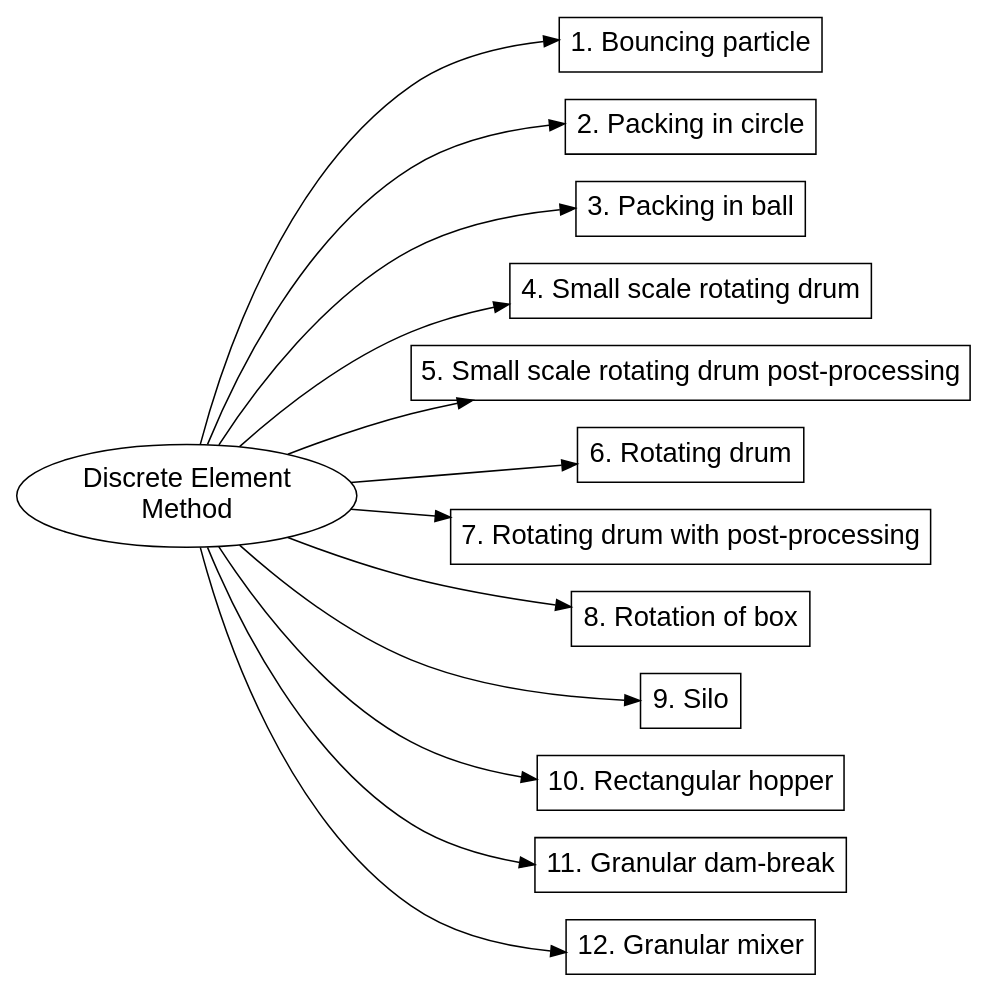
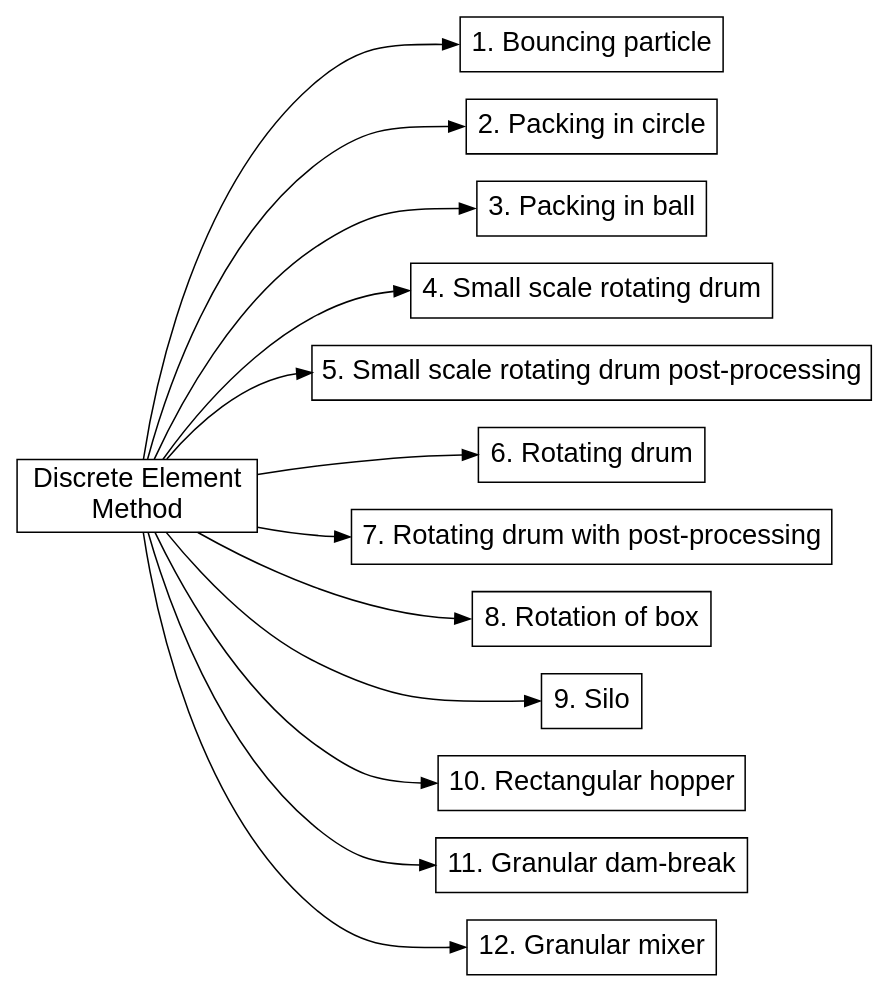
Before and after one commit to chaos-polymtl/lethe: the diagram in doc/source/examples/dem/dem.rst, drawn with Graphviz. The commit also changed other lines of this file and 5 other files, not shown here.

```diff
--- a/doc/source/examples/dem/dem.rst
+++ b/doc/source/examples/dem/dem.rst
@@ -26,49 +27,50 @@
 .. graphviz:: 
 
     digraph dem_diagram {
       graph [align=true];
-      node [fontname=Arial, fontsize=18];
+      node [fontname=Arial, fontsize=18, shape=box];
       center=true;
       fontname="Comic Sans MS";
       fontsize = "20";
       rankdir="LR";
+      size = "9,9";
       
       dem [label="Discrete Element \nMethod", href="https://lethe-cfd.github.io/lethe/examples/dem/dem.html"];
 
-      dem_1 [label="1. Bouncing particle",shape=polygon,sides=4, color=black, href="https://lethe-cfd.github.io/lethe/examples/dem/bouncing-particle/bouncing-particle.html"]; 
+      dem_1 [label="1. Bouncing particle", color=black, href="https://lethe-cfd.github.io/lethe/examples/dem/bouncing-particle/bouncing-particle.html"]; 
 
-      dem_2 [label="2. Packing in circle",shape=polygon,sides=4, color=black, href="https://lethe-cfd.github.io/lethe/examples/dem/packing-in-circle/packing-in-circle.html"]; 
+      dem_2 [label="2. Packing in circle", color=black, href="https://lethe-cfd.github.io/lethe/examples/dem/packing-in-circle/packing-in-circle.html"]; 
 
-      dem_3 [label="3. Packing in ball",shape=polygon,sides=4, color=black, href="https://lethe-cfd.github.io/lethe/examples/dem/packing-in-ball/packing-in-ball.html"]; 
+      dem_3 [label="3. Packing in ball", color=black, href="https://lethe-cfd.github.io/lethe/examples/dem/packing-in-ball/packing-in-ball.html"]; 
 
-      dem_4 [label="4. Small scale rotating drum",shape=polygon,sides=4, color=black, href="https://lethe-cfd.github.io/lethe/examples/dem/small-scale-rotating-drum/small-scale-rotating-drum.html"]; 
+      dem_4 [label="4. Small scale rotating drum", color=black, href="https://lethe-cfd.github.io/lethe/examples/dem/small-scale-rotating-drum/small-scale-rotating-drum.html"]; 
     
-      dem_5 [label="5. Small scale rotating drum post-processing",shape=polygon,sides=4, color=black, href="https://lethe-cfd.github.io/lethe/examples/dem/small-scale-rotating-drum-post-processing/small-scale-rotating-drum-post-processing.html"]; 
+      dem_5 [label="5. Small scale rotating drum post-processing", color=black, href="https://lethe-cfd.github.io/lethe/examples/dem/small-scale-rotating-drum-post-processing/small-scale-rotating-drum-post-processing.html"]; 
 
-      dem_6 [label="6. Rotating drum",shape=polygon,sides=4, color=black, href="https://lethe-cfd.github.io/lethe/examples/dem/rotating-drum/rotating-drum.html"]; 
+      dem_6 [label="6. Rotating drum", color=black, href="https://lethe-cfd.github.io/lethe/examples/dem/rotating-drum/rotating-drum.html"]; 
 
-      dem_7 [label="7. Rotating drum with post-processing",shape=polygon,sides=4, color=black, href="https://lethe-cfd.github.io/lethe/examples/dem/rotating-drum-with-post-processing/rotating-drum-with-post-processing.html"]; 
+      dem_7 [label="7. Rotating drum with post-processing", color=black, href="https://lethe-cfd.github.io/lethe/examples/dem/rotating-drum-with-post-processing/rotating-drum-with-post-processing.html"]; 
 
-      dem_8 [label="8. Rotation of box",shape=polygon,sides=4, color=black, href="https://lethe-cfd.github.io/lethe/examples/dem/rotation-of-box/rotation-of-box.html"]; 
+      dem_8 [label="8. Rotation of box", color=black, href="https://lethe-cfd.github.io/lethe/examples/dem/rotation-of-box/rotation-of-box.html"]; 
 
-      dem_9 [label="9. Silo",shape=polygon,sides=4, color=black, href="https://lethe-cfd.github.io/lethe/examples/dem/silo/silo.html"]; 
+      dem_9 [label="9. Silo", color=black, href="https://lethe-cfd.github.io/lethe/examples/dem/silo/silo.html"]; 
 
-      dem_10 [label="10. Rectangular hopper",shape=polygon,sides=4, color=black, href="https://lethe-cfd.github.io/lethe/examples/dem/rectangular-hopper/rectangular-hopper.html"]; 
+      dem_10 [label="10. Rectangular hopper", color=black, href="https://lethe-cfd.github.io/lethe/examples/dem/rectangular-hopper/rectangular-hopper.html"]; 
 
-      dem_11 [label="11. Granular dam-break",shape=polygon,sides=4, color=black, href="https://lethe-cfd.github.io/lethe/examples/dem/granular-dam-break/granular-dam-break.html"]; 
+      dem_11 [label="11. Granular dam-break", color=black, href="https://lethe-cfd.github.io/lethe/examples/dem/granular-dam-break/granular-dam-break.html"]; 
 
-      dem_12 [label="12. Granular mixer",shape=polygon,sides=4, color=black, href="https://lethe-cfd.github.io/lethe/examples/dem/granular-mixer/granular-mixer.html"]; 
+      dem_12 [label="12. Granular mixer", color=black, href="https://lethe-cfd.github.io/lethe/examples/dem/granular-mixer/granular-mixer.html"]; 
 
-      dem -> dem_1;
-      dem -> dem_2;
-      dem -> dem_3;
-      dem -> dem_4;
-      dem -> dem_5;
-      dem -> dem_6;
-      dem -> dem_7;
-      dem -> dem_8;
-      dem -> dem_9;
-      dem -> dem_10;
-      dem -> dem_11;
-      dem -> dem_12;
+      dem -> dem_1:w;
+      dem -> dem_2:w;
+      dem -> dem_3:w;
+      dem -> dem_4:w;
+      dem -> dem_5:w;
+      dem -> dem_6:w;
+      dem -> dem_7:w;
+      dem -> dem_8:w;
+      dem -> dem_9:w;
+      dem -> dem_10:w;
+      dem -> dem_11:w;
+      dem -> dem_12:w;
     }
```
